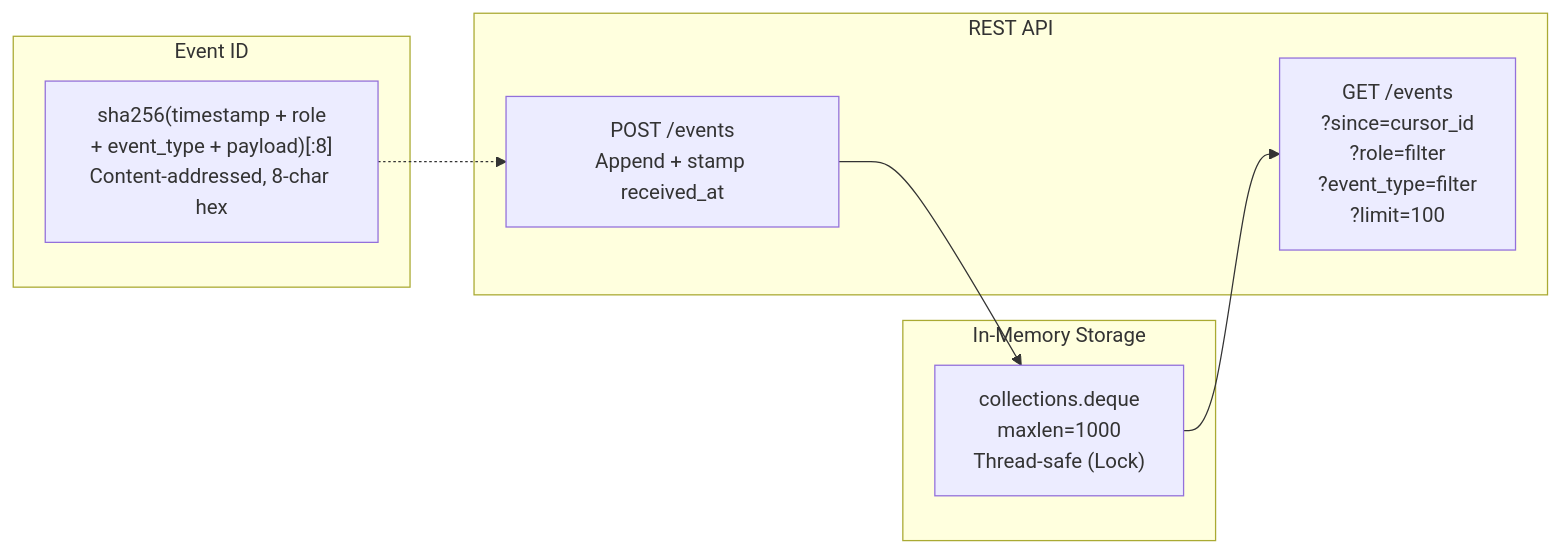
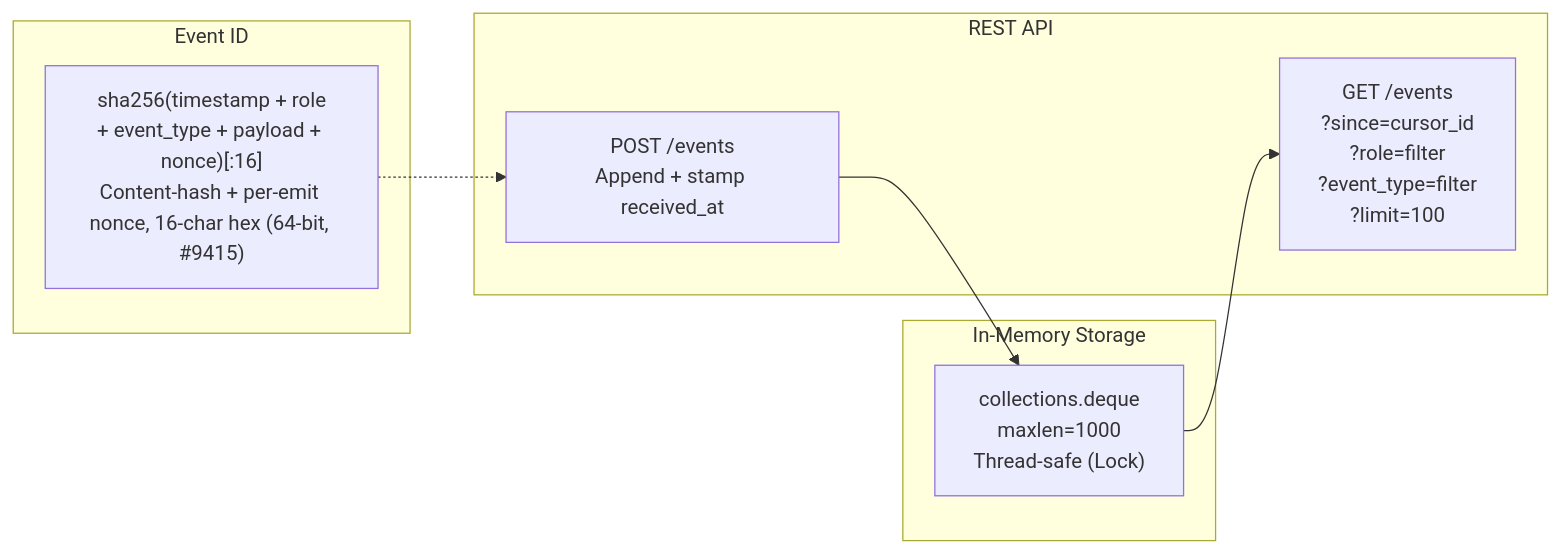
One commit to WallyDoodlez/SquidSquad changed the third of 7 diagrams in docs/EVENT-BUS-ARCHITECTURE.md. Above: the diagram before and after it, drawn with Mermaid. The commit also changed 4 other files, not shown here.

Commit message:
skill: #9415 — widen event IDs 8→16 hex + add nonce to Path 1 per CONTEXT D5; update tests + EVENT-BUS-ARCHITECTURE.md

````diff
--- a/docs/EVENT-BUS-ARCHITECTURE.md
+++ b/docs/EVENT-BUS-ARCHITECTURE.md
@@ -112,19 +112,19 @@
 ```mermaid
 graph LR
     subgraph memory["In-Memory Storage"]
         D["collections.deque<br/>maxlen=1000<br/>Thread-safe (Lock)"]
     end
 
     subgraph api["REST API"]
         POST["POST /events<br/>Append + stamp received_at"]
         GET["GET /events<br/>?since=cursor_id<br/>?role=filter<br/>?event_type=filter<br/>?limit=100"]
     end
 
     subgraph id["Event ID"]
-        HASH["sha256(timestamp + role<br/>+ event_type + payload)[:8]<br/>Content-addressed, 8-char hex"]
+        HASH["sha256(timestamp + role<br/>+ event_type + payload + nonce)[:16]<br/>Content-hash + per-emit nonce, 16-char hex (64-bit, #9415)"]
     end
 
     POST --> D
     D --> GET
     HASH -.-> POST
 ```
````
